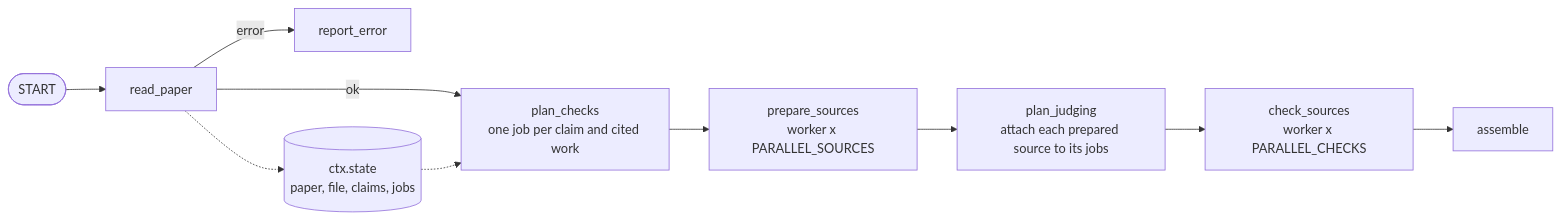
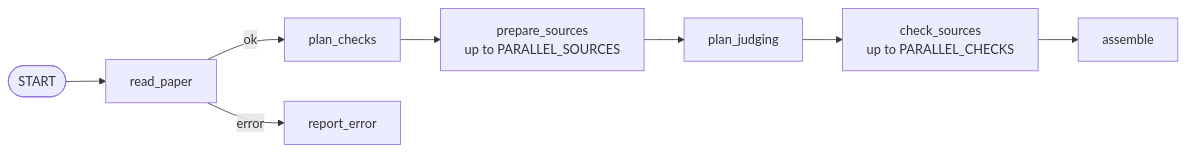
One commit to ZenithGeeks/SecretSource-prototype changed the fourth of 4 diagrams in ARCHITECTURE.md. Above: the diagram before and after it, drawn with Mermaid. The commit also changed other lines of this file and 1 other file, not shown here.

First line of the commit message:
docs(SCRUM-169): rewrite the architecture notes and README in simple English

````diff
--- a/ARCHITECTURE.md
+++ b/ARCHITECTURE.md
@@ -219,14 +193,10 @@
 ```mermaid
 flowchart LR
     S(["START"]) --> RP["read_paper"]
-    RP -->|ok| PC["plan_checks<br/>one job per claim and cited work"]
+    RP -->|ok| PC["plan_checks"]
     RP -->|error| RE["report_error"]
-
-    PC --> PS["prepare_sources<br/>worker x PARALLEL_SOURCES"]
-    PS --> PJ["plan_judging<br/>attach each prepared source to its jobs"]
-    PJ --> CS["check_sources<br/>worker x PARALLEL_CHECKS"]
+    PC --> PS["prepare_sources<br/>up to PARALLEL_SOURCES"]
+    PS --> PJ["plan_judging"]
+    PJ --> CS["check_sources<br/>up to PARALLEL_CHECKS"]
     CS --> AS["assemble"]
-
-    ST[("ctx.state<br/>paper, file, claims, jobs")] -.-> PC
-    RP -.-> ST
 ```
````
